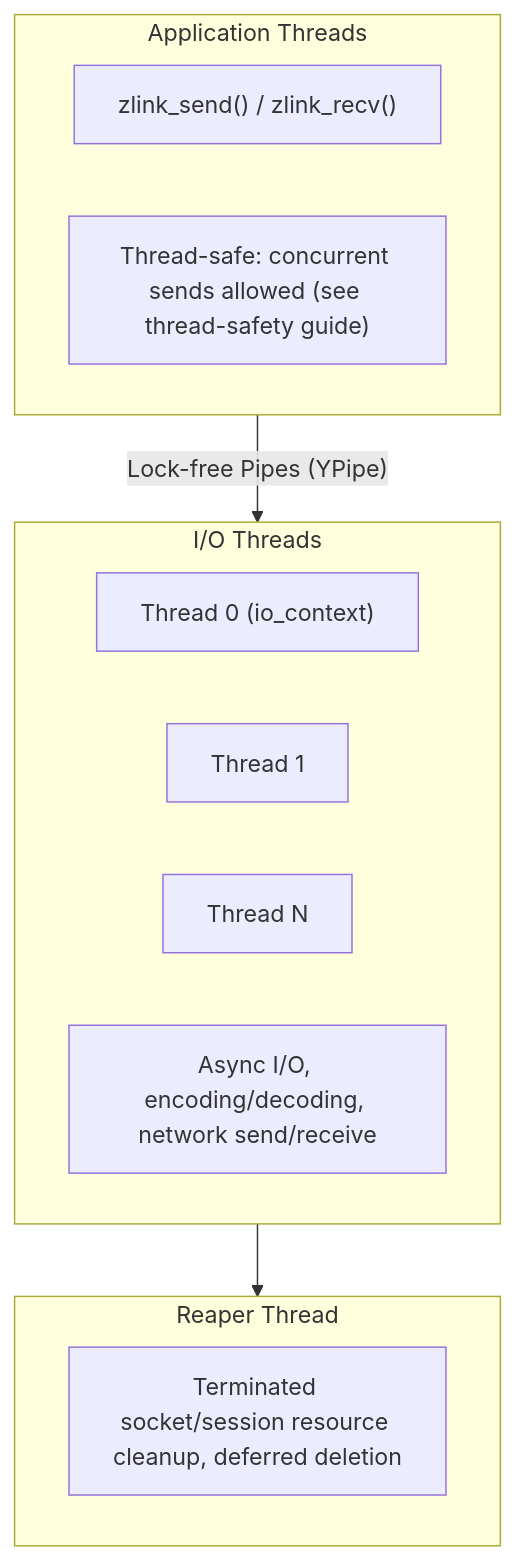
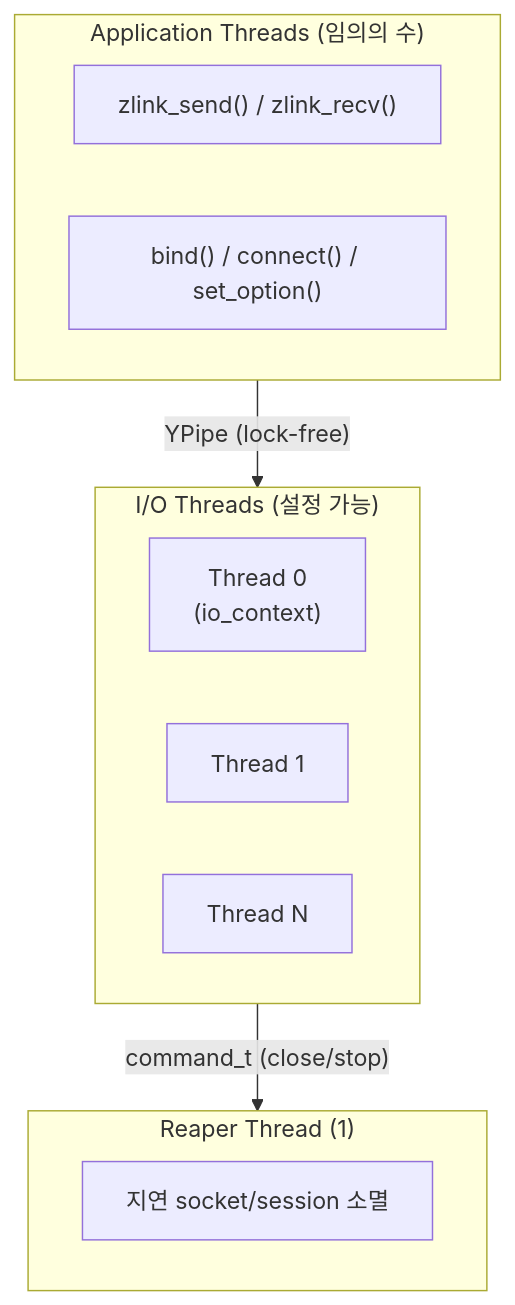
The first of 2 diagrams in doc/internals/threading-model.ko.md (kairos-code-dev/zlink), drawn with Mermaid before and after one commit. The commit also changed other lines of this file and 11 other files, not shown here.

````diff
--- a/doc/internals/threading-model.ko.md
+++ b/doc/internals/threading-model.ko.md
@@ -16,20 +31,19 @@
 ```mermaid
 flowchart TB
-    subgraph APP["Application Threads"]
+    subgraph APP["Application Threads (임의의 수)"]
         direction LR
         A1["zlink_send() / zlink_recv()"]
-        A2["Thread-safe: concurrent sends allowed (see thread-safety guide)"]
+        A2["bind() / connect() / set_option()"]
     end
-    subgraph IO["I/O Threads"]
+    subgraph IO["I/O Threads (설정 가능)"]
         direction LR
-        T0["Thread 0 (io_context)"]
+        T0["Thread 0\n(io_context)"]
         T1["Thread 1"]
         TN["Thread N"]
-        IO_DESC["Async I/O, encoding/decoding, network send/receive"]
     end
-    subgraph REAPER["Reaper Thread"]
-        R1["Terminated socket/session resource cleanup, deferred deletion"]
+    subgraph REAPER["Reaper Thread (1)"]
+        R1["지연 socket/session 소멸"]
     end
-    APP -- "Lock-free Pipes (YPipe)" --> IO
-    IO --> REAPER
+    APP -- "YPipe (lock-free)" --> IO
+    IO -- "command_t (close/stop)" --> REAPER
 ```
````
